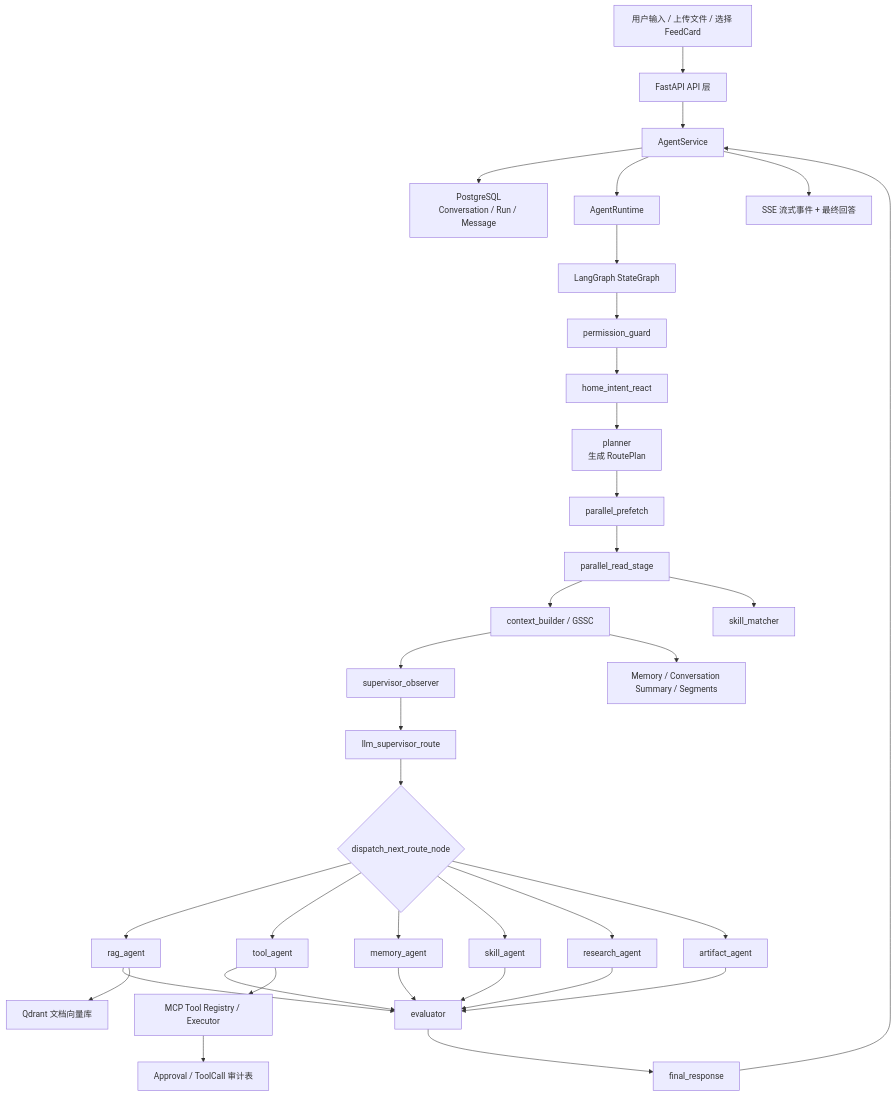
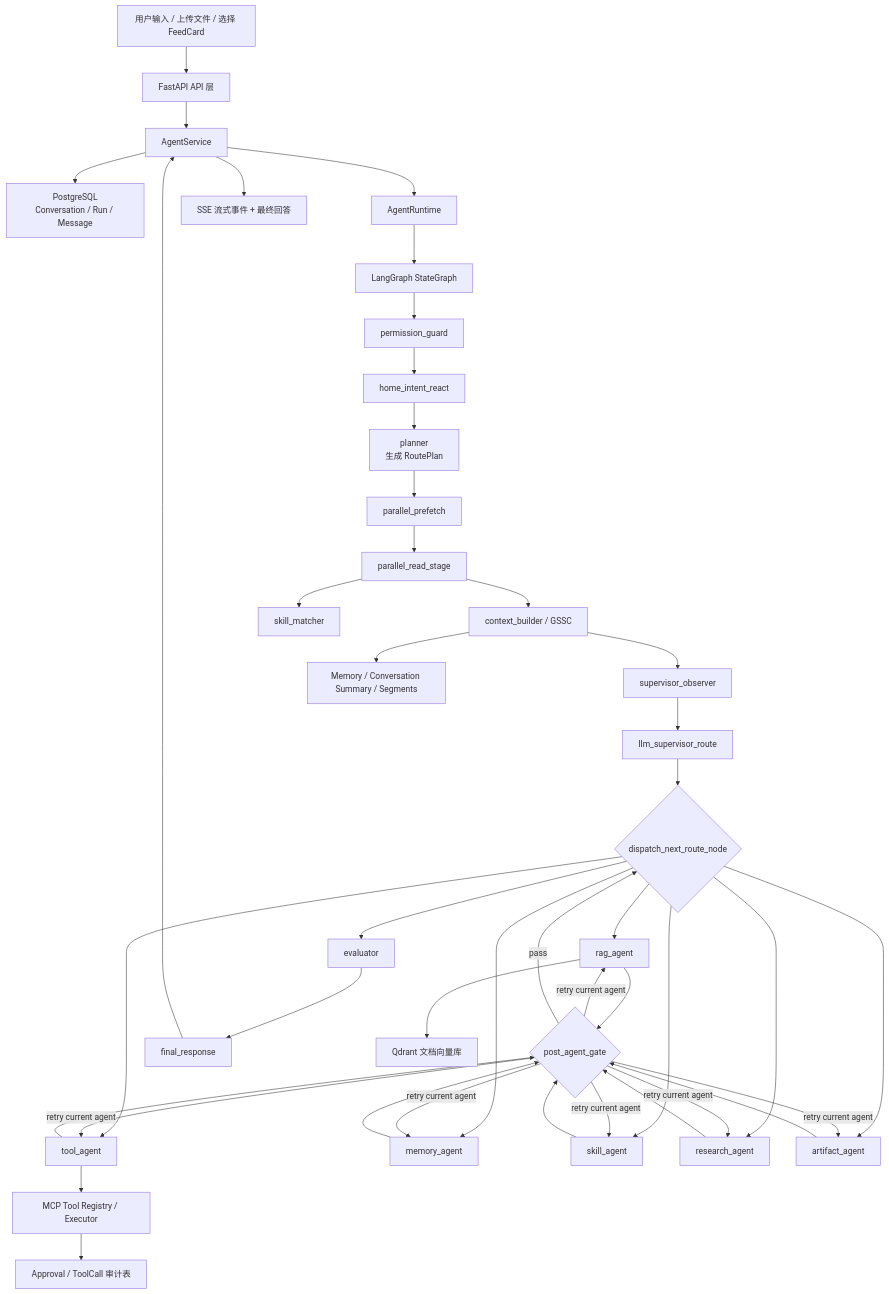
One commit to Ordish-cell/InsightGap-Agent changed the first of 27 diagrams in agent面试.md. Above: the diagram before and after it, drawn with Mermaid. The commit also changed other lines of this file and 28 other files, not shown here.

Commit message:
chore: cleanup dead code, add evaluator recovery loop and tool approval idempotency

````diff
--- a/agent面试.md
+++ b/agent面试.md
@@ -64,41 +64,49 @@
 ```mermaid
 flowchart TD
     U["用户输入 / 上传文件 / 选择 FeedCard"] --> API["FastAPI API 层"]
     API --> AS["AgentService"]
     AS --> DB1["PostgreSQL<br/>Conversation / Run / Message"]
     AS --> RT["AgentRuntime"]
 
     RT --> LG["LangGraph StateGraph"]
     LG --> P0["permission_guard"]
     P0 --> I0["home_intent_react"]
     I0 --> PL["planner<br/>生成 RoutePlan"]
     PL --> PR["parallel_prefetch"]
     PR --> RS["parallel_read_stage"]
     RS --> CB["context_builder / GSSC"]
     RS --> SKM["skill_matcher"]
     CB --> SUP["supervisor_observer"]
     SUP --> LSUP["llm_supervisor_route"]
     LSUP --> DSP{"dispatch_next_route_node"}
 
     DSP --> RAG["rag_agent"]
     DSP --> TOOL["tool_agent"]
     DSP --> MEM["memory_agent"]
     DSP --> SK["skill_agent"]
     DSP --> RES["research_agent"]
     DSP --> ART["artifact_agent"]
 
-    RAG --> EVAL["evaluator"]
-    TOOL --> EVAL
-    MEM --> EVAL
-    SK --> EVAL
-    RES --> EVAL
-    ART --> EVAL
+    RAG --> GATE{"post_agent_gate"}
+    TOOL --> GATE
+    MEM --> GATE
+    SK --> GATE
+    RES --> GATE
+    ART --> GATE
+    GATE -->|retry current agent| RAG
+    GATE -->|retry current agent| TOOL
+    GATE -->|retry current agent| MEM
+    GATE -->|retry current agent| SK
+    GATE -->|retry current agent| RES
+    GATE -->|retry current agent| ART
+    GATE -->|pass| DSP
+    DSP --> EVAL["evaluator"]
     EVAL --> FINAL["final_response"]
     FINAL --> AS
     AS --> OUT["SSE 流式事件 + 最终回答"]
 
     CB --> MEMDB["Memory / Conversation Summary / Segments"]
     RAG --> QD["Qdrant 文档向量库"]
     TOOL --> MCP["MCP Tool Registry / Executor"]
     MCP --> APPROVAL["Approval / ToolCall 审计表"]
 ```
````
